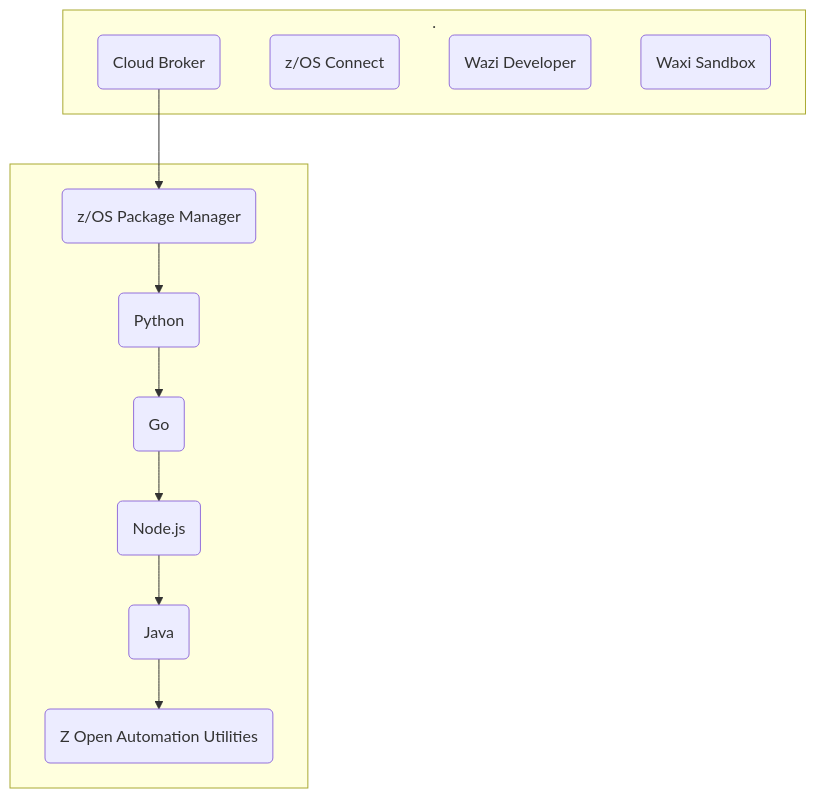
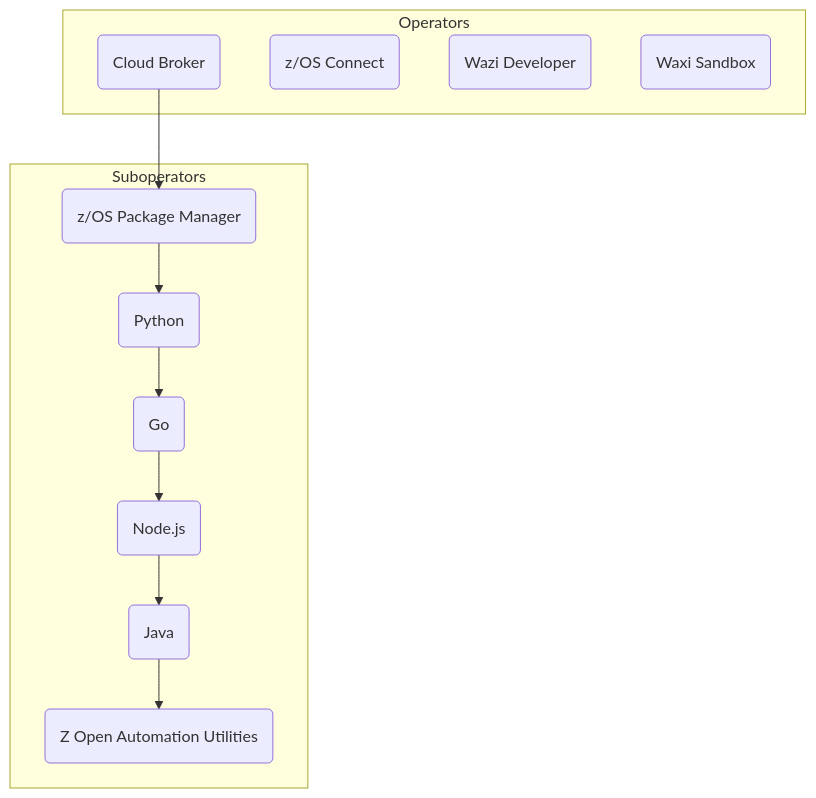
One commit to MikeFultonDev/mermexp changed the diagram in my.md. Above: the diagram before and after it, drawn with Mermaid.

````diff
--- a/my.md
+++ b/my.md
@@ -1,23 +1,23 @@
 ```mermaid
   graph TD;
-    subgraph .
+    subgraph Operators
       CB(Cloud Broker)
       zCEE(z/OS Connect)
       Dev(Wazi Developer)
       Sandbox(Waxi Sandbox)
     end
 
-    subgraph _   
+    subgraph Suboperators   
       zpm(z/OS Package Manager)
       python(Python)
       go(Go)
       node(Node.js)
       Java(Java)
       ZOAU(Z Open Automation Utilities)
       
       zpm --> python --> go --> node --> Java --> ZOAU
     end
     
     CB --> zpm
      
 ```
````
